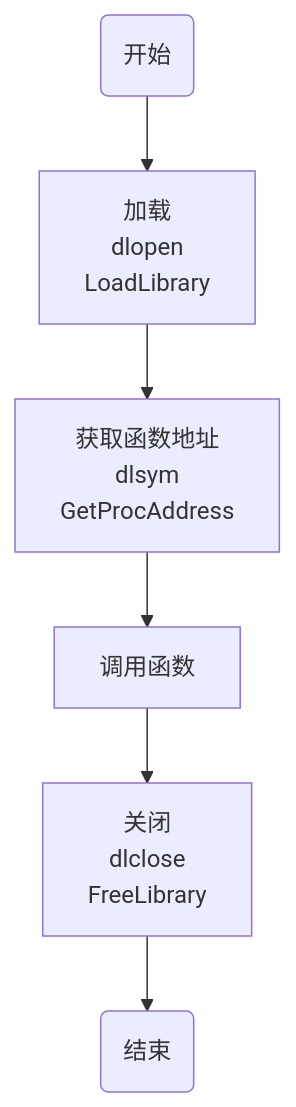
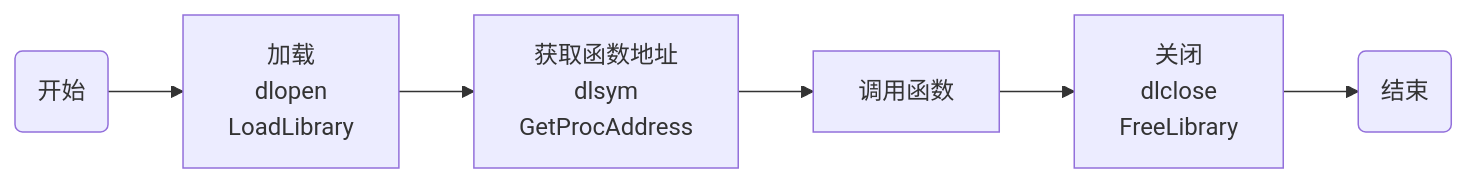
The third of 3 diagrams in _posts/language/c_c++/library/2023-02-28-动态库.md (dmjcb/dmjcb.github.io), drawn with Mermaid before and after one commit. The commit also changed other lines of this file and 130 other files, not shown here.

Commit message:
修改cmake博客图片

````diff
--- a/_posts/language/c_c++/library/2023-02-28-动态库.md
+++ b/_posts/language/c_c++/library/2023-02-28-动态库.md
@@ -470,10 +487,10 @@
 ```mermaid
-graph TB;
+graph LR;
     X(开始)
     A[加载<br>dlopen<br>LoadLibrary]
     B[获取函数地址<br>dlsym<br>GetProcAddress]
     C[调用函数]
     D[关闭<br>dlclose<br>FreeLibrary]
     Z(结束)
     X-->A-->B-->C-->D-->Z
 ```
````
